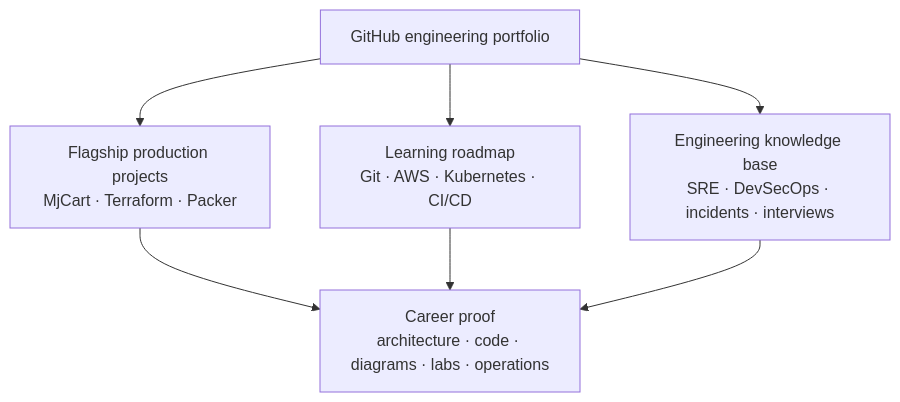
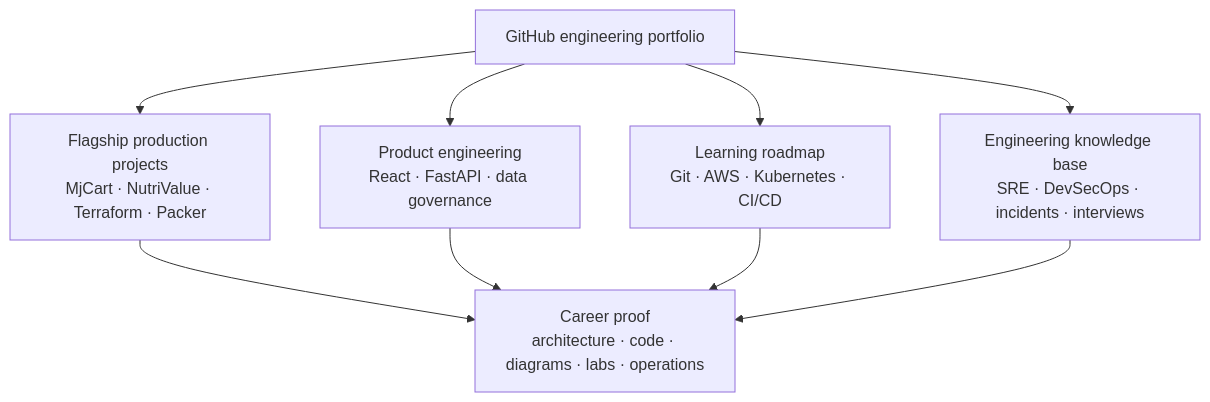
The diagram in README.md (jeevanm84/jeevanm84), drawn with Mermaid before and after one commit. The commit also changed other lines of this file and 1 other file, not shown here.

Commit message:
docs: add NutriValue to engineering portfolio (#10)

````diff
--- a/README.md
+++ b/README.md
@@ -35,10 +35,12 @@
 ```mermaid
 flowchart TB
   Profile[GitHub engineering portfolio]
-  Profile --> Projects[Flagship production projects<br/>MjCart · Terraform · Packer]
+  Profile --> Projects[Flagship production projects<br/>MjCart · NutriValue · Terraform · Packer]
+  Profile --> Product[Product engineering<br/>React · FastAPI · data governance]
   Profile --> Roadmap[Learning roadmap<br/>Git · AWS · Kubernetes · CI/CD]
   Profile --> Knowledge[Engineering knowledge base<br/>SRE · DevSecOps · incidents · interviews]
   Projects --> Proof[Career proof<br/>architecture · code · diagrams · labs · operations]
+  Product --> Proof
   Roadmap --> Proof
   Knowledge --> Proof
 ```
````
